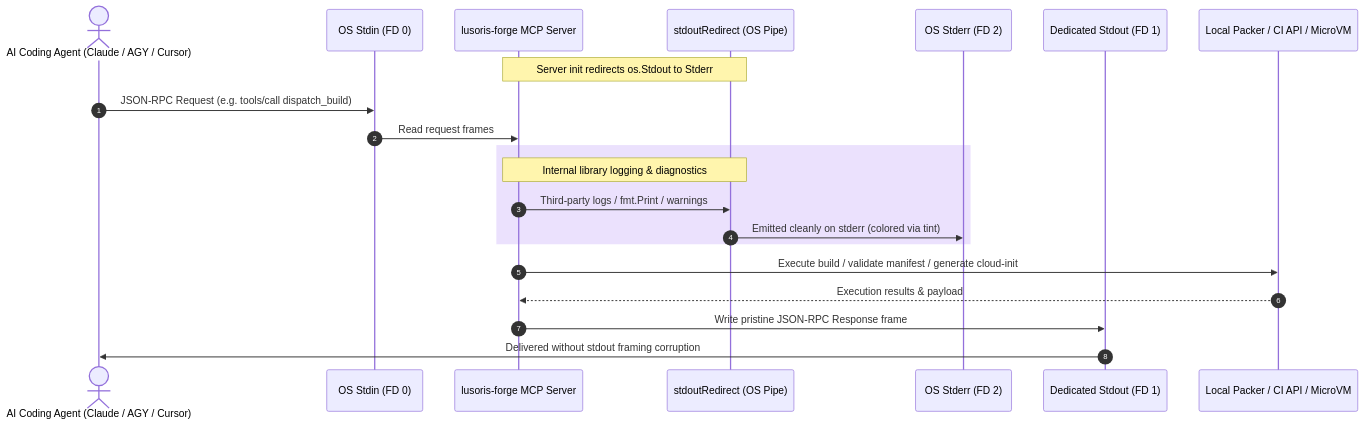
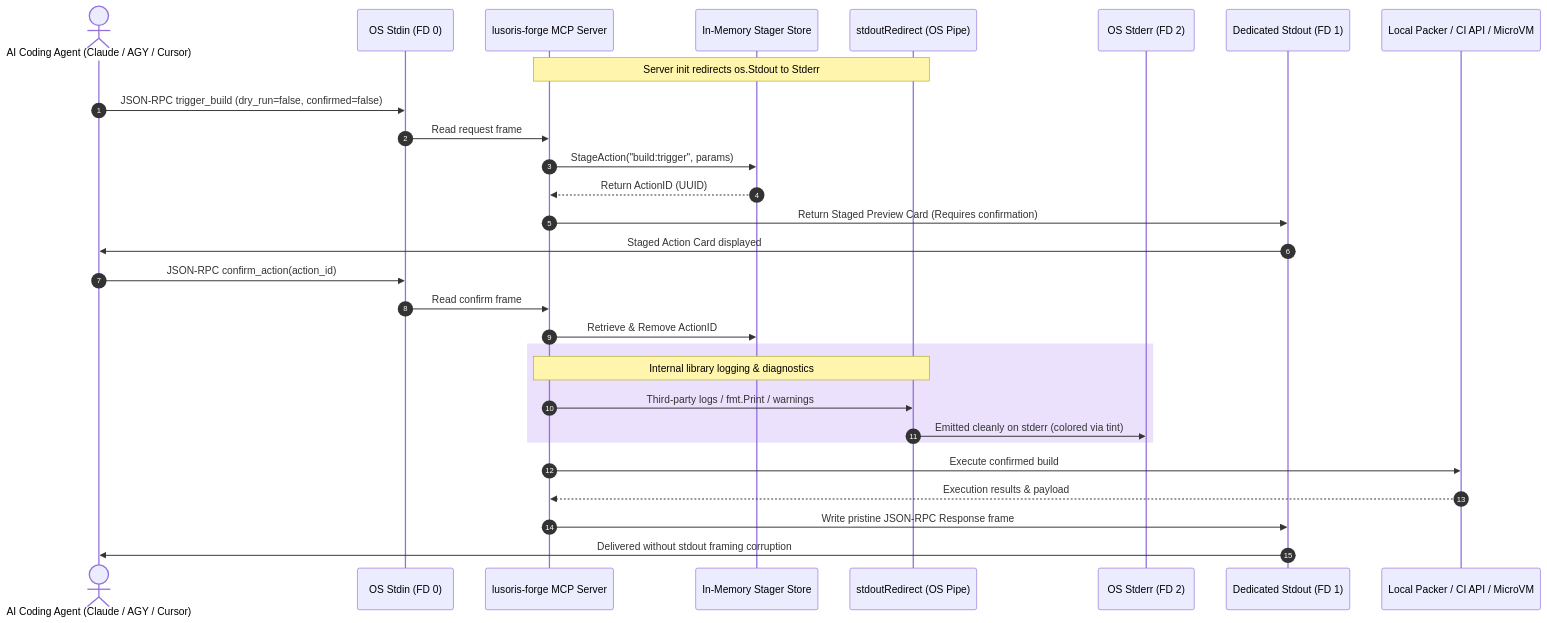
One commit to lusoris/lusoris-cloud-images changed the second of 3 diagrams in docs/tools/cli-mcp.md. Above: the diagram before and after it, drawn with Mermaid. The commit also changed other lines of this file and 21 other files, not shown here.

First line of the commit message:
feat(platform): implement progressive skills, staged mcp, nas ecosystem, and kernel forge blueprint (#28)

````diff
--- a/docs/tools/cli-mcp.md
+++ b/docs/tools/cli-mcp.md
@@ -194,24 +213,33 @@
 ```mermaid
 sequenceDiagram
     autonumber
     actor Agent as AI Coding Agent (Claude / AGY / Cursor)
     participant PipeIn as OS Stdin (FD 0)
     participant Forge as lusoris-forge MCP Server
+    participant Stager as In-Memory Stager Store
     participant PipeRedirect as stdoutRedirect (OS Pipe)
     participant Stderr as OS Stderr (FD 2)
     participant PipeOut as Dedicated Stdout (FD 1)
     participant Backend as Local Packer / CI API / MicroVM
 
     Note over Forge,PipeRedirect: Server init redirects os.Stdout to Stderr
-    Agent->>PipeIn: JSON-RPC Request (e.g. tools/call dispatch_build)
-    PipeIn->>Forge: Read request frames
+    Agent->>PipeIn: JSON-RPC trigger_build (dry_run=false, confirmed=false)
+    PipeIn->>Forge: Read request frame
+    Forge->>Stager: StageAction("build:trigger", params)
+    Stager-->>Forge: Return ActionID (UUID)
+    Forge->>PipeOut: Return Staged Preview Card (Requires confirmation)
+    PipeOut->>Agent: Staged Action Card displayed
+
+    Agent->>PipeIn: JSON-RPC confirm_action(action_id)
+    PipeIn->>Forge: Read confirm frame
+    Forge->>Stager: Retrieve & Remove ActionID
     rect rgba(124, 58, 237, 0.15)
         Note over Forge,PipeRedirect: Internal library logging & diagnostics
         Forge->>PipeRedirect: Third-party logs / fmt.Print / warnings
         PipeRedirect->>Stderr: Emitted cleanly on stderr (colored via tint)
     end
-    Forge->>Backend: Execute build / validate manifest / generate cloud-init
+    Forge->>Backend: Execute confirmed build
     Backend-->>Forge: Execution results & payload
     Forge->>PipeOut: Write pristine JSON-RPC Response frame
     PipeOut->>Agent: Delivered without stdout framing corruption
 ```
````
